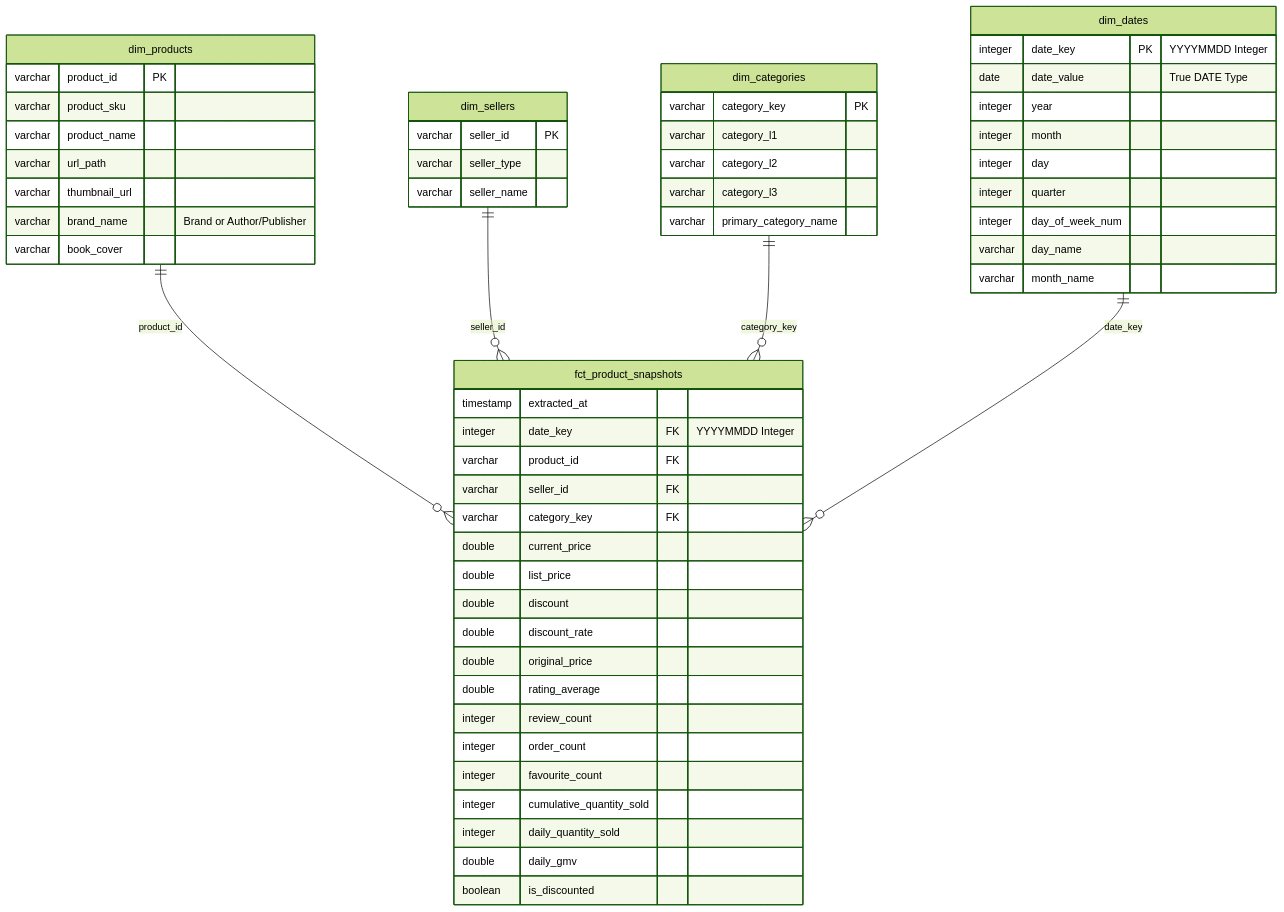
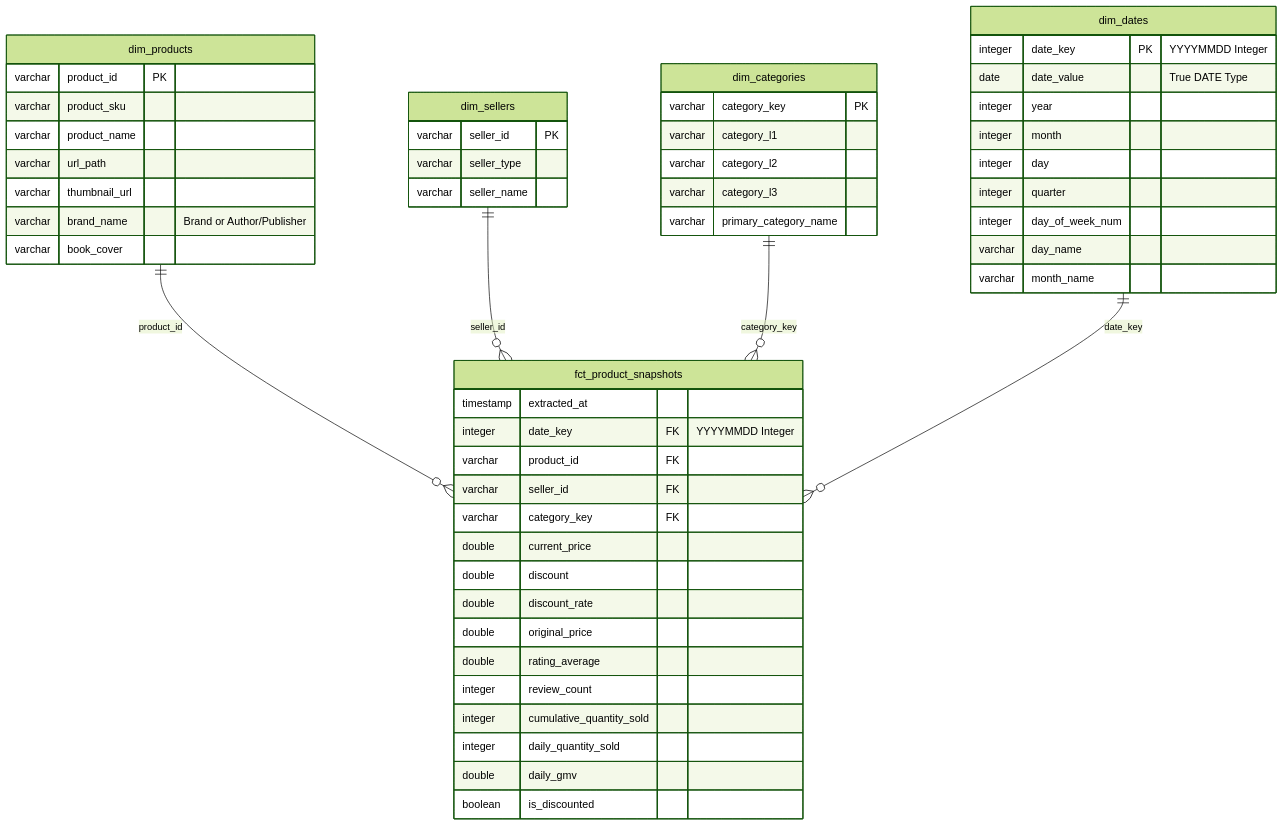
Before and after one commit to trander-25/tiki-lakehouse-pipeline: the diagram in tiki_analytics_data_model_design.md, drawn with Mermaid (forest theme). The commit also changed other lines of this file and 11 other files, not shown here.

````diff
--- a/tiki_analytics_data_model_design.md
+++ b/tiki_analytics_data_model_design.md
@@ -25,60 +25,57 @@
 ```mermaid
 erDiagram
     dim_products ||--o{ fct_product_snapshots : "product_id"
     dim_sellers ||--o{ fct_product_snapshots : "seller_id"
     dim_categories ||--o{ fct_product_snapshots : "category_key"
     dim_dates ||--o{ fct_product_snapshots : "date_key"
 
     dim_products {
         varchar product_id PK
         varchar product_sku
         varchar product_name
         varchar url_path
         varchar thumbnail_url
         varchar brand_name "Brand or Author/Publisher"
         varchar book_cover
     }
     dim_sellers {
         varchar seller_id PK
         varchar seller_type
         varchar seller_name
     }
     dim_categories {
         varchar category_key PK
         varchar category_l1
         varchar category_l2
         varchar category_l3
         varchar primary_category_name
     }
     dim_dates {
         integer date_key PK "YYYYMMDD Integer"
         date date_value "True DATE Type"
         integer year
         integer month
         integer day
         integer quarter
         integer day_of_week_num
         varchar day_name
         varchar month_name
     }
     fct_product_snapshots {
         timestamp extracted_at
         integer date_key FK "YYYYMMDD Integer"
         varchar product_id FK
         varchar seller_id FK
         varchar category_key FK
         double current_price
-        double list_price
         double discount
         double discount_rate
         double original_price
         double rating_average
         integer review_count
-        integer order_count
-        integer favourite_count
         integer cumulative_quantity_sold
         integer daily_quantity_sold
         double daily_gmv
         boolean is_discounted
     }
 ```
````
